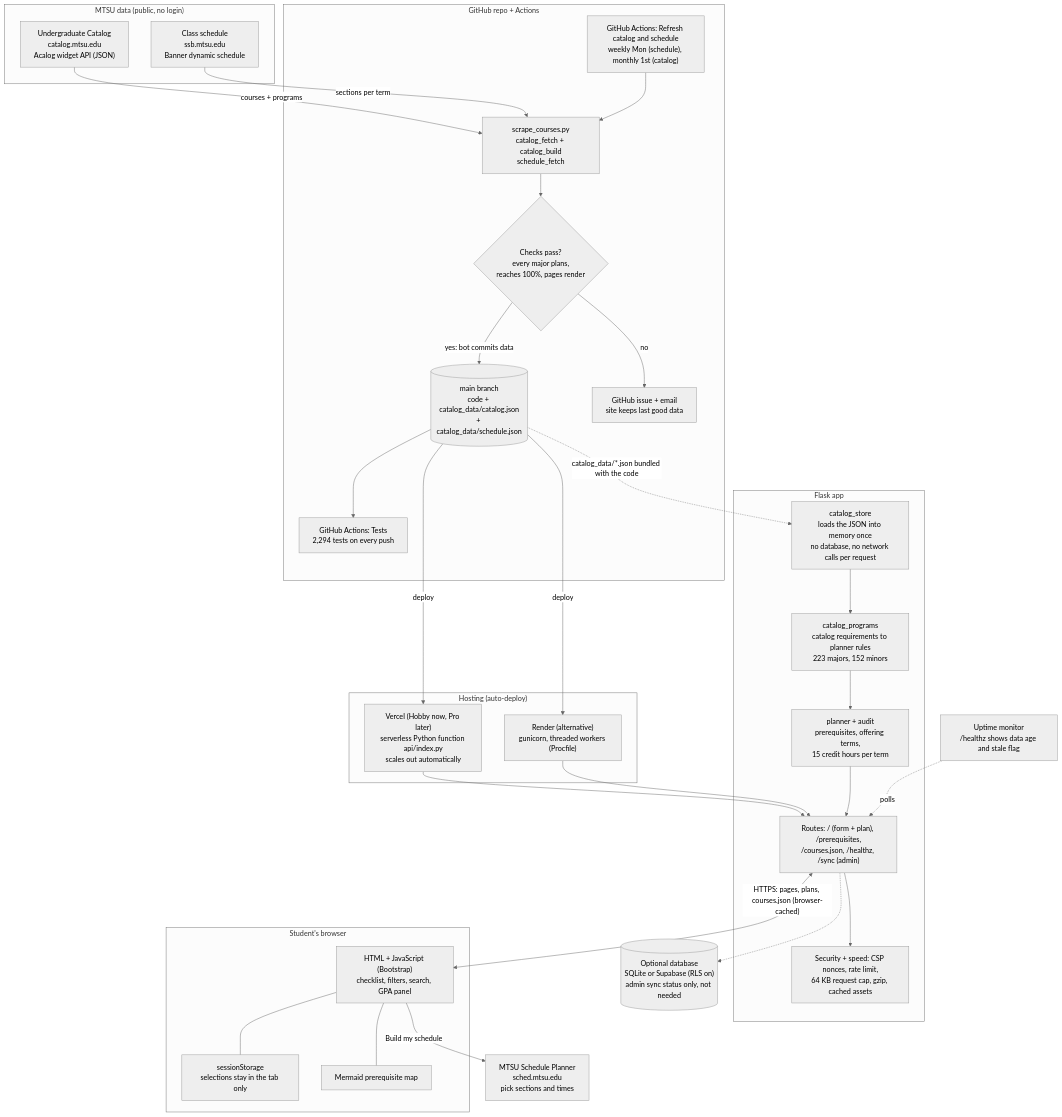
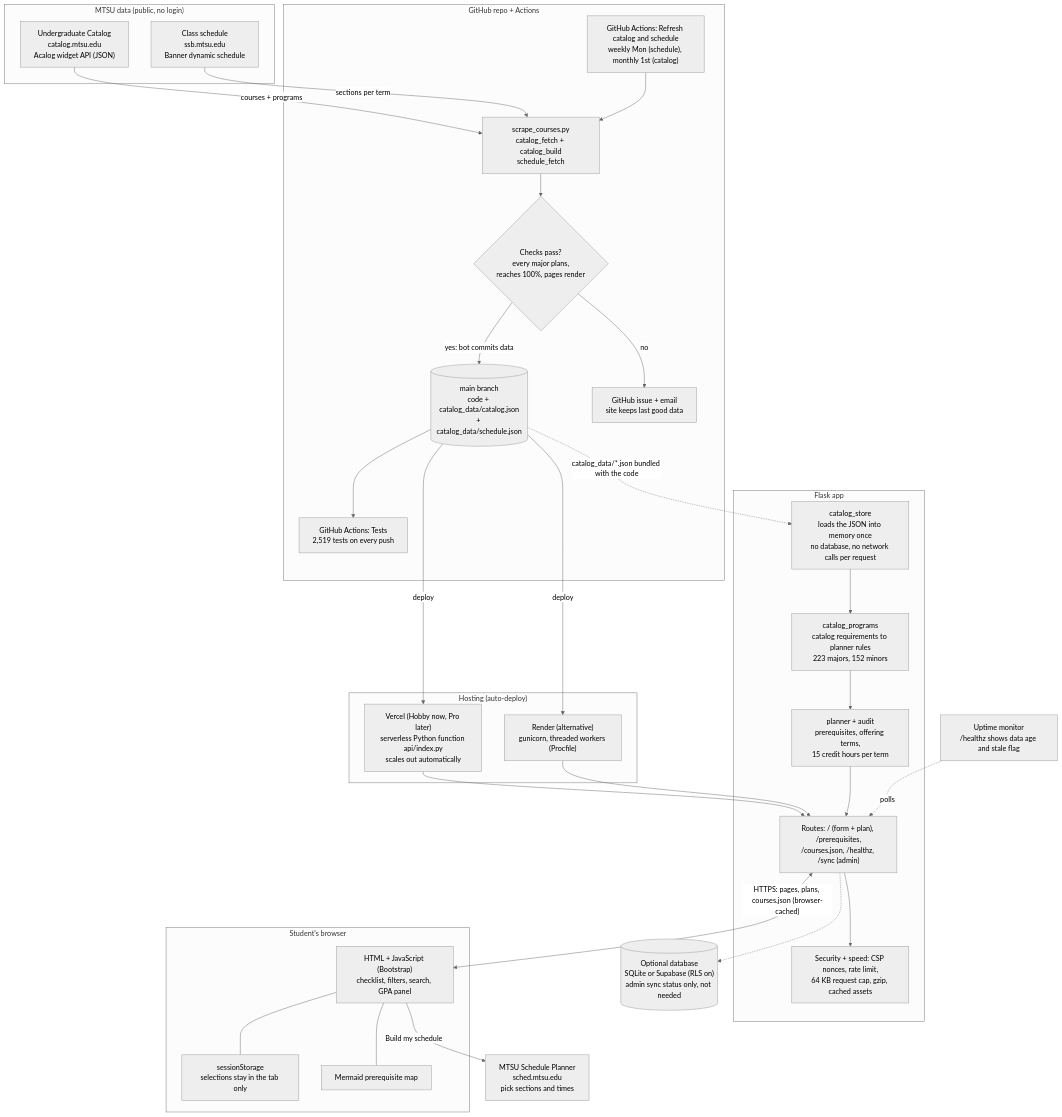
Before and after one commit to stevenGGG23/MTSU-GradPath: the diagram in README.md, drawn with Mermaid (neutral theme). The commit also changed other lines of this file and 4 other files, not shown here.

````diff
--- a/README.md
+++ b/README.md
@@ -273,60 +274,60 @@
 ```mermaid
 flowchart TB
     subgraph MTSU["MTSU data (public, no login)"]
         CAT["Undergraduate Catalog<br/>catalog.mtsu.edu<br/>Acalog widget API (JSON)"]
         SCH["Class schedule<br/>ssb.mtsu.edu<br/>Banner dynamic schedule"]
     end
 
     subgraph GH["GitHub repo + Actions"]
         REFRESH["GitHub Actions: Refresh catalog and schedule<br/>weekly Mon (schedule), monthly 1st (catalog)"]
         EXPORT["scrape_courses.py<br/>catalog_fetch + catalog_build<br/>schedule_fetch"]
         GATE{"Checks pass?<br/>every major plans,<br/>reaches 100%, pages render"}
         REPO[("main branch<br/>code + catalog_data/catalog.json<br/>+ catalog_data/schedule.json")]
         ISSUE["GitHub issue + email<br/>site keeps last good data"]
-        TESTS["GitHub Actions: Tests<br/>2,294 tests on every push"]
+        TESTS["GitHub Actions: Tests<br/>2,519 tests on every push"]
     end
 
     subgraph HOST["Hosting (auto-deploy)"]
         VERCEL["Vercel (Hobby now, Pro later)<br/>serverless Python function api/index.py<br/>scales out automatically"]
         RENDER["Render (alternative)<br/>gunicorn, threaded workers (Procfile)"]
     end
 
     subgraph APP["Flask app"]
         STORE["catalog_store<br/>loads the JSON into memory once<br/>no database, no network calls per request"]
         CONVERT["catalog_programs<br/>catalog requirements to planner rules<br/>223 majors, 152 minors"]
         PLAN["planner + audit<br/>prerequisites, offering terms,<br/>15 credit hours per term"]
         ROUTES["Routes: / (form + plan), /prerequisites,<br/>/courses.json, /healthz, /sync (admin)"]
         HARDEN["Security + speed: CSP nonces, rate limit,<br/>64 KB request cap, gzip, cached assets"]
     end
 
     subgraph USER["Student's browser"]
         PAGE["HTML + JavaScript (Bootstrap)<br/>checklist, filters, search, GPA panel"]
         LOCAL["sessionStorage<br/>selections stay in the tab only"]
         MERMAID["Mermaid prerequisite map"]
     end
 
     SP["MTSU Schedule Planner<br/>sched.mtsu.edu<br/>pick sections and times"]
 
     DB[("Optional database<br/>SQLite or Supabase (RLS on)<br/>admin sync status only, not needed")]
     MON["Uptime monitor<br/>/healthz shows data age and stale flag"]
 
     CAT -->|"courses + programs"| EXPORT
     SCH -->|"sections per term"| EXPORT
     REFRESH --> EXPORT --> GATE
     GATE -->|"yes: bot commits data"| REPO
     GATE -->|"no"| ISSUE
     REPO --> TESTS
     REPO -->|"deploy"| VERCEL
     REPO -->|"deploy"| RENDER
     VERCEL --> ROUTES
     RENDER --> ROUTES
     ROUTES --> HARDEN
     STORE --> CONVERT --> PLAN --> ROUTES
     REPO -.->|"catalog_data/*.json bundled with the code"| STORE
     ROUTES <-->|"HTTPS: pages, plans, courses.json (browser-cached)"| PAGE
     PAGE --- LOCAL
     PAGE --- MERMAID
     PAGE -->|"Build my schedule"| SP
     ROUTES -.-> DB
     MON -.->|"polls"| ROUTES
 ```
````
